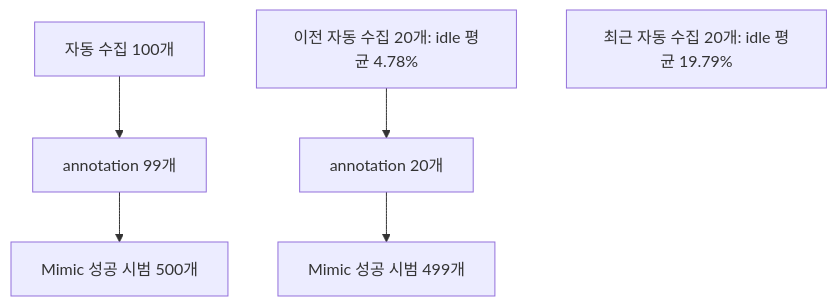
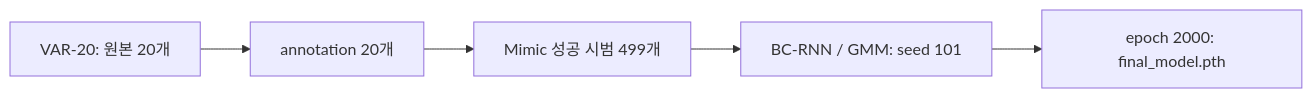
The diagram in README.md (Kim-KiSuk/Robotics-Simulation-Assignmnet2), drawn with Mermaid before and after one commit. The commit also changed other lines of this file and 65 other files, not shown here.

Commit message:
Organize assignment submission, name dataset experiments, and add selected final model

````diff
--- a/README.md
+++ b/README.md
@@ -57,8 +35,7 @@
 ```mermaid
-flowchart TD
-    A[자동 수집 100개] --> B[annotation 99개]
-    B --> C[Mimic 성공 시범 500개]
-    D[이전 자동 수집 20개: idle 평균 4.78%] --> E[annotation 20개]
-    E --> F[Mimic 성공 시범 499개]
-    G[최근 자동 수집 20개: idle 평균 19.79%]
+flowchart LR
+    A[VAR-20: 원본 20개] --> B[annotation 20개]
+    B --> C[Mimic 성공 시범 499개]
+    C --> D[BC-RNN / GMM: seed 101]
+    D --> E[epoch 2000: final_model.pth]
 ```
````
